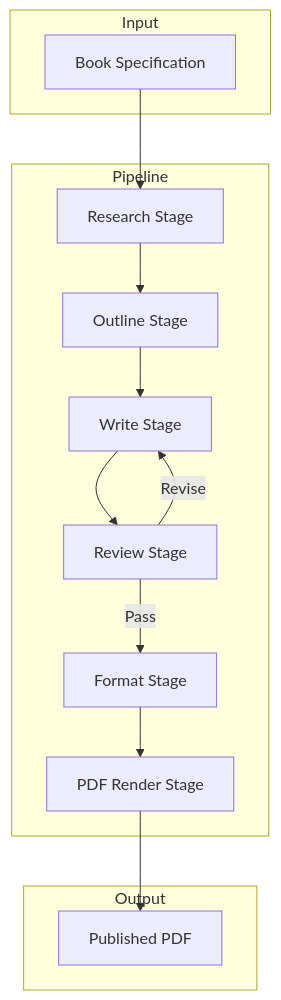
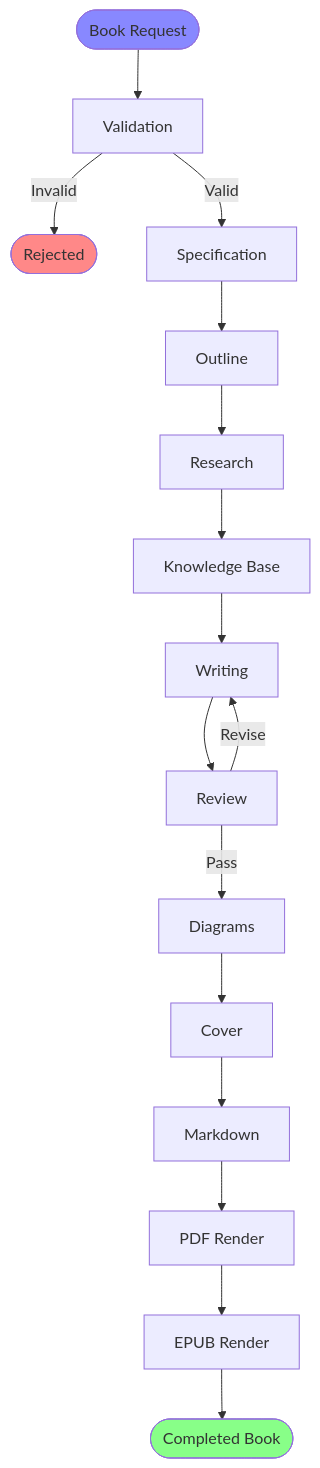
Before and after one commit to dsk-dev-ai/bookforge-ai: the first of 6 diagrams in docs/PIPELINE.md, drawn with Mermaid. The commit also changed other lines of this file and 26 other files, not shown here.

Commit message:
docs: design BookForge AI system architecture

````diff
--- a/docs/PIPELINE.md
+++ b/docs/PIPELINE.md
@@ -21,28 +21,22 @@
 ```mermaid
 flowchart TB
-    subgraph Input
-        SPEC[Book Specification]
-    end
+    START([Book Request]) --> V[Validation]
+    V -->|Invalid| REJECT([Rejected])
+    V -->|Valid| SPEC[Specification]
+    SPEC --> OUT[Outline]
+    OUT --> RES[Research]
+    RES --> KB[Knowledge Base]
+    KB --> W[Writing]
+    W --> RV[Review]
+    RV -->|Revise| W
+    RV -->|Pass| DIAG[Diagrams]
+    DIAG --> COV[Cover]
+    COV --> MD[Markdown]
+    MD --> PDF[PDF Render]
+    PDF --> EPUB[EPUB Render]
+    EPUB --> COMPLETE([Completed Book])
 
-    subgraph Pipeline
-        R[Research Stage]
-        O[Outline Stage]
-        W[Write Stage]
-        RV[Review Stage]
-        F[Format Stage]
-        P[PDF Render Stage]
-    end
-
-    subgraph Output
-        PDF[Published PDF]
-    end
-
-    SPEC --> R
-    R --> O
-    O --> W
-    W --> RV
-    RV -->|Pass| F
-    RV -->|Revise| W
-    F --> P
-    P --> PDF
+    style REJECT fill:#f88
+    style COMPLETE fill:#8f8
+    style START fill:#88f
 ```
````
